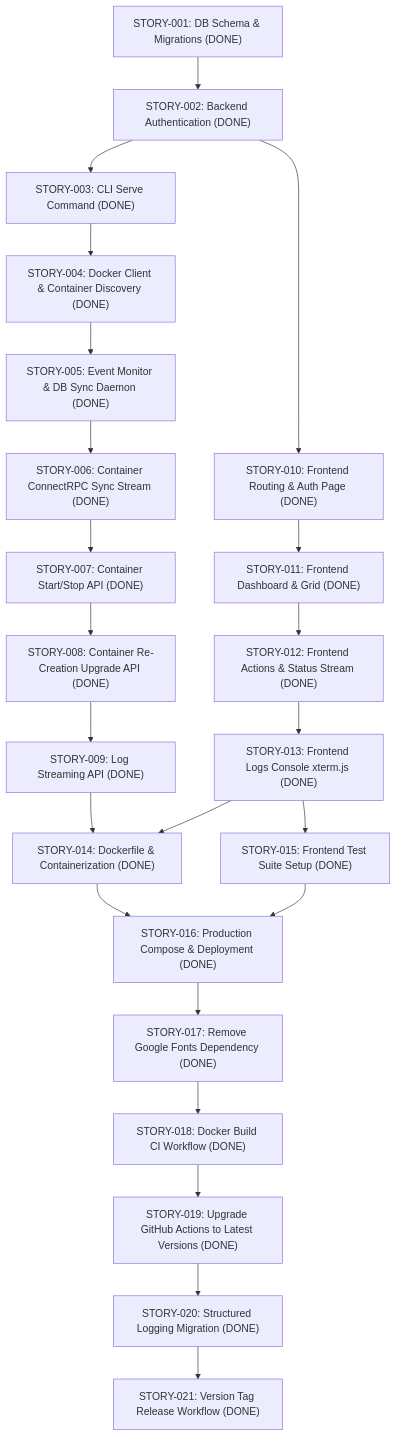
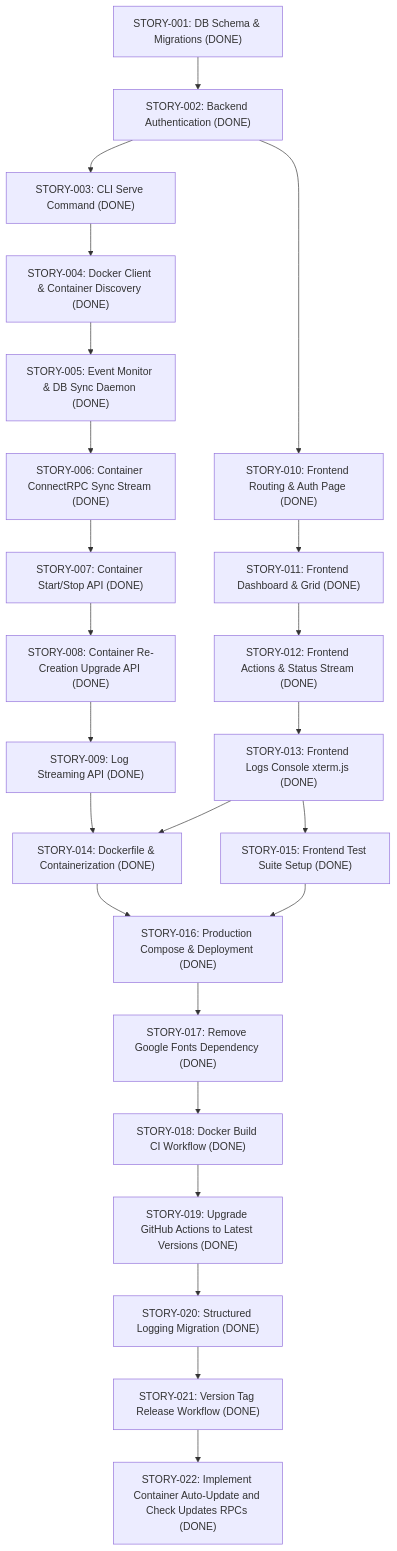
Before and after one commit to noosxe/dmanager: the diagram in docs/stories.md, drawn with Mermaid. The commit also changed other lines of this file and 6 other files, not shown here.

````diff
--- a/docs/stories.md
+++ b/docs/stories.md
@@ -5,25 +5,26 @@
 ```mermaid
 graph TD
     S1["STORY-001: DB Schema & Migrations (DONE)"] --> S2["STORY-002: Backend Authentication (DONE)"]
     S2 --> S3["STORY-003: CLI Serve Command (DONE)"]
     S3 --> S4["STORY-004: Docker Client & Container Discovery (DONE)"]
     S4 --> S5["STORY-005: Event Monitor & DB Sync Daemon (DONE)"]
     S5 --> S6["STORY-006: Container ConnectRPC Sync Stream (DONE)"]
     S6 --> S7["STORY-007: Container Start/Stop API (DONE)"]
     S7 --> S8["STORY-008: Container Re-Creation Upgrade API (DONE)"]
     S8 --> S9["STORY-009: Log Streaming API (DONE)"]
     S2 --> F1["STORY-010: Frontend Routing & Auth Page (DONE)"]
     F1 --> F2["STORY-011: Frontend Dashboard & Grid (DONE)"]
     F2 --> F3["STORY-012: Frontend Actions & Status Stream (DONE)"]
     F3 --> F4["STORY-013: Frontend Logs Console xterm.js (DONE)"]
     S9 --> S14["STORY-014: Dockerfile & Containerization (DONE)"]
     F4 --> S14
     F4 --> F5["STORY-015: Frontend Test Suite Setup (DONE)"]
     S14 --> S16["STORY-016: Production Compose & Deployment (DONE)"]
     F5 --> S16
     S16 --> F17["STORY-017: Remove Google Fonts Dependency (DONE)"]
     F17 --> S18["STORY-018: Docker Build CI Workflow (DONE)"]
     S18 --> S19["STORY-019: Upgrade GitHub Actions to Latest Versions (DONE)"]
     S19 --> S20["STORY-020: Structured Logging Migration (DONE)"]
     S20 --> S21["STORY-021: Version Tag Release Workflow (DONE)"]
+    S21 --> S22["STORY-022: Implement Container Auto-Update and Check Updates RPCs (DONE)"]
 ```
````
